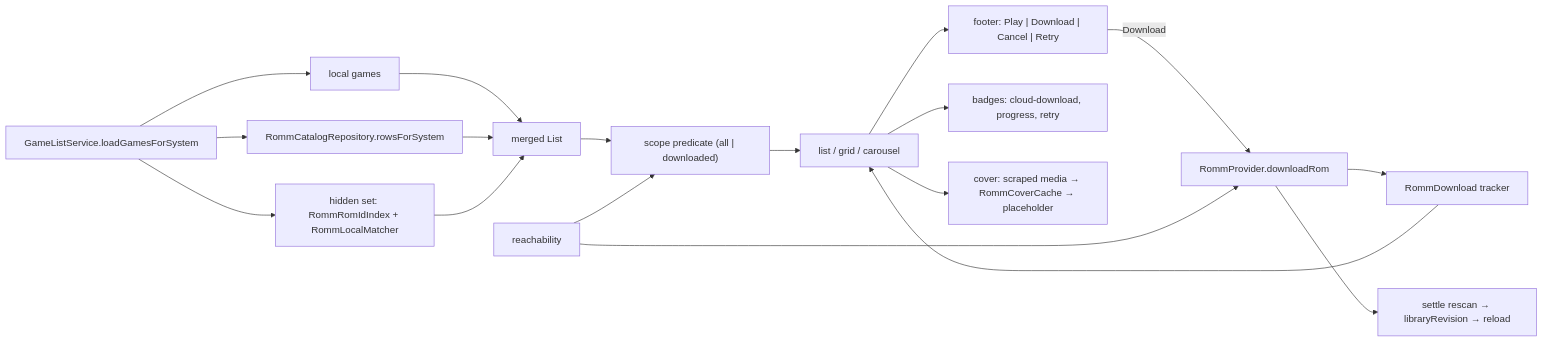
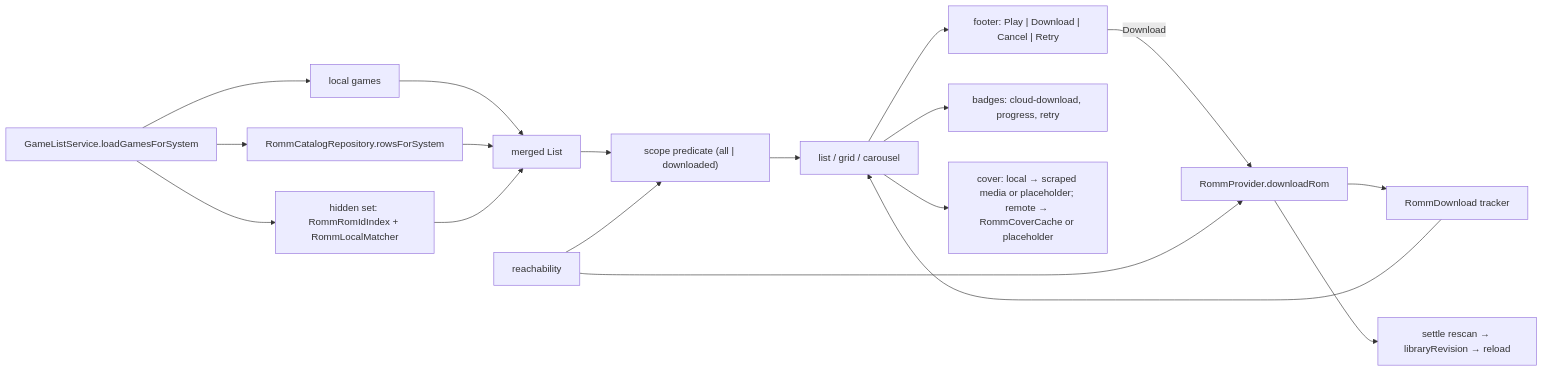
Before and after one commit to jonstump/neostation-frontend: the second of 2 diagrams in sdd/specs/romm-unified-library/design.md, drawn with Mermaid. The commit also changed other lines of this file and 10 other files, not shown here.

````diff
--- a/sdd/specs/romm-unified-library/design.md
+++ b/sdd/specs/romm-unified-library/design.md
@@ -87,17 +88,17 @@
 ```mermaid
 flowchart LR
     GL["GameListService.loadGamesForSystem"] --> L["local games"]
     GL --> C["RommCatalogRepository.rowsForSystem"]
     GL --> H["hidden set: RommRomIdIndex + RommLocalMatcher"]
     L & C & H --> M["merged List<GameModel>"]
     M --> SC["scope predicate (all | downloaded)"]
     SC --> V["list / grid / carousel"]
     V --> F["footer: Play | Download | Cancel | Retry"]
     V --> B["badges: cloud-download, progress, retry"]
-    V --> CV["cover: scraped media → RommCoverCache → placeholder"]
+    V --> CV["cover: local → scraped media or placeholder; remote → RommCoverCache or placeholder"]
     F -->|Download| DL["RommProvider.downloadRom"]
     DL --> T["RommDownload tracker"] --> V
     DL --> ST["settle rescan → libraryRevision → reload"]
     RC["reachability"] --> SC
     RC --> DL
 ```
````
